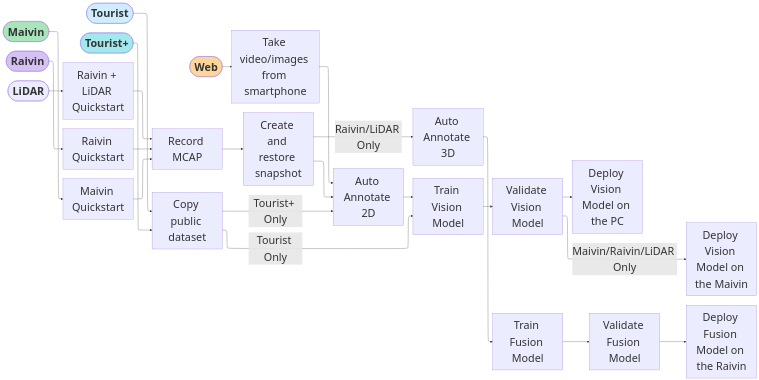
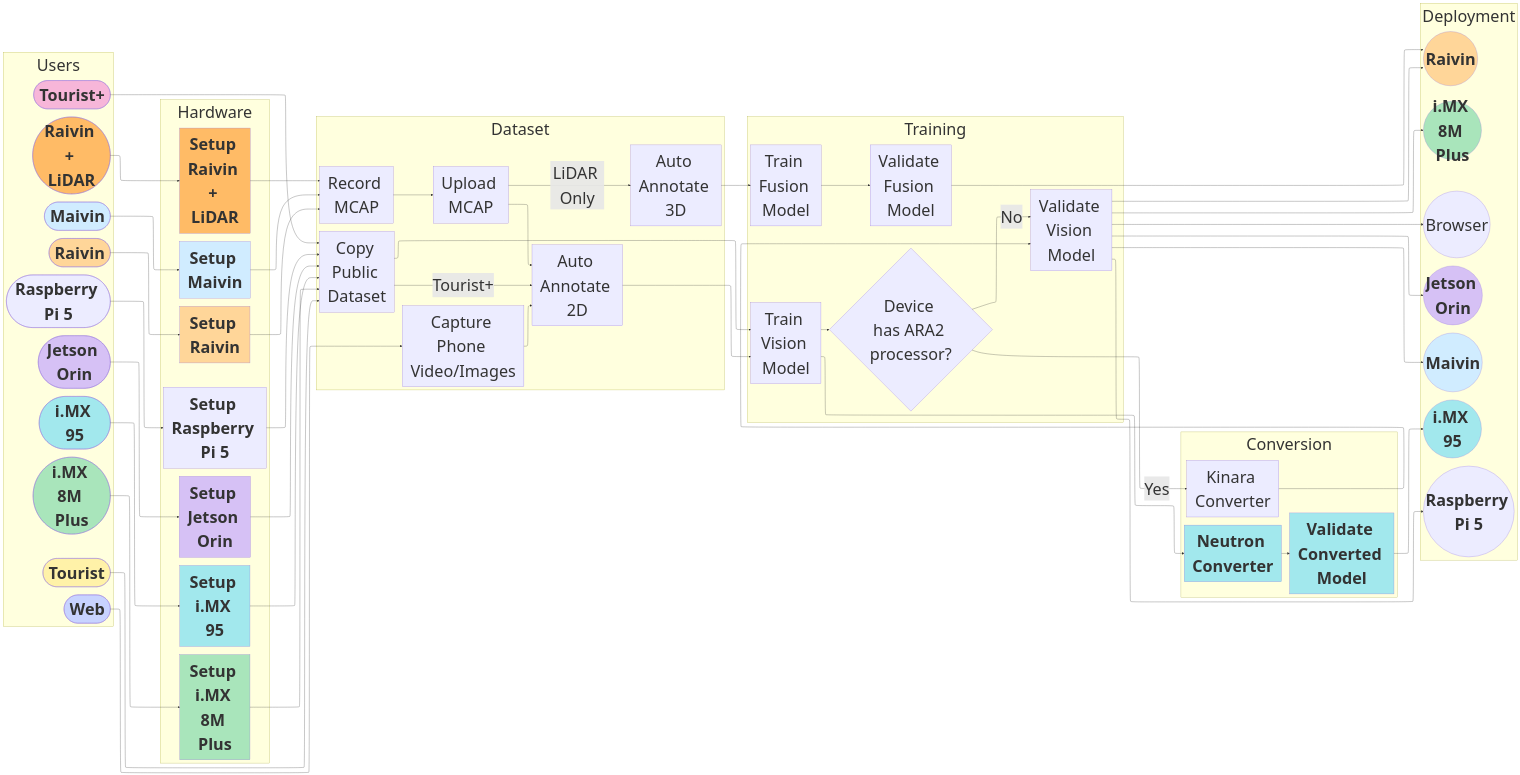
The second of 2 diagrams in docs/getting_started/workflows/index.md (EdgeFirstAI/documentation), drawn with Mermaid before and after one commit. The commit also changed other lines of this file and 50 other files, not shown here.

````diff
--- a/docs/getting_started/workflows/index.md
+++ b/docs/getting_started/workflows/index.md
@@ -75,68 +91,192 @@
 ```mermaid
-%%{init: {"flowchart": {"defaultRenderer": "elk"}} }%%
-%%{init: {"themeVariables": { "fontSize": "40px" }}}%%
+%%{init: {"flowchart": {"defaultRenderer": "elk", "nodeSpacing": 60, "rankSpacing": 80}} }%%
+%%{init: {"themeVariables": { "fontSize": "60px" }}}%%
 flowchart LR
-    %% User Definitions
-    tourist([Tourist]):::blue
-    tourist_plus([Tourist+]):::teal
-    web_user([Web]):::orange
-    maivin_user([Maivin]):::green
-    raivin_user([Raivin]):::purple
-    raivin_lidar_user([LiDAR]):::coral
+    %% ---------------- USERS ----------------
+    subgraph Users
+    direction TB
+    users_pad[" "]:::invisible
+    tourist([Tourist]):::yellow
+    click tourist "tourist" "Open Tourist Workflow"
 
+    tourist_plus([Tourist+]):::pink
+    click tourist_plus "tourist_plus" "Open Tourist Plus Workflow"
+
+    web_user([Web]):::indigo
+    click web_user "web" "Open Web Workflow"
+
+    maivin_user([Maivin]):::blue
+    click maivin_user "maivin" "Open Maivin Workflow"
+
+    raivin_user([Raivin]):::orange
+    raivin_lidar_user([Raivin + LiDAR]):::darker_orange
+    imx8mp_user([i.MX 8M Plus]):::green
+    imx95_user([i.MX 95]):::teal
+    orin_user([Jetson Orin]):::purple
+    pi_user([Raspberry Pi 5]):::coral
+    end
+
+    %% ---------------- HARDWARE ----------------
+    subgraph Hardware
+    direction TB
+    setup_pad[" "]:::invisible
+    raivin_lidar_setup[Setup Raivin + LiDAR]:::darker_orange
+    click raivin_lidar_setup "../../platforms/quickstart/raivin/setup" "Open Raivin Setup"
+
+    raivin_setup[Setup Raivin]:::orange
+    click raivin_setup "../../platforms/quickstart/raivin/setup" "Open Raivin Setup"
+
+    maivin_setup[Setup Maivin]:::blue
+    click maivin_setup "../../platforms/quickstart/maivin/setup" "Open Maivin Setup"
+
+    imx8mp_setup[Setup i.MX 8M Plus]:::green
+    click imx8mp_setup "../../platforms/quickstart/imx8mplus/setup" "Open i.MX 8M Plus Setup"
+
+    imx95_setup[Setup i.MX 95]:::teal
+    click imx95_setup "../../platforms/quickstart/imx95/setup" "Open i.MX 95 Setup"
+
+    orin_setup[Setup Jetson Orin]:::purple
+    click orin_setup "../../platforms/quickstart/jetson_orin/setup" "Open Jetson Orin Setup"
+
+    pi_setup[Setup Raspberry Pi 5]:::coral
+    click pi_setup "../../platforms/quickstart/raspberrypi/setup" "Open Raspberry Pi Setup"
+    end
+
+    %% ---------------- DATA ----------------
+    subgraph Dataset
+    direction TB
+    record_mcap[Record MCAP]
+    click record_mcap "../../datasets/tutorials/capture/#record-mcap" "Record MCAP"
+
+    capture[Capture Phone Video/Images]
+    click capture "../../datasets/tutorials/capture/#capture-with-a-phone" "Capture Phone Video/Images"
+    
+    snapshot[Upload MCAP]
+    click snapshot "../../datasets/tutorials/capture/#upload-mcap" "Upload MCAP"
+
+    copy_dataset[Copy Public Dataset]
+    click copy_dataset "../copy_dataset" "Copy Public Dataset"
+
+    audit_2d[Auto Annotate 2D]
+    click audit_2d "../../datasets/tutorials/annotations/automatic/" "Auto Annotate 2D"
+
+    audit_3d[Auto Annotate 3D]
+    click audit_3d "../../datasets/tutorials/annotations/automatic/" "Auto Annotate 3D"
+    end
+
+    %% ---------------- TRAINING ----------------
+    subgraph Training
+    direction TB
+    train_2d[Train Vision Model]
+    click train_2d "../../models/training/vision" "Open Training Vision"
+
+    ara2{Device has ARA2 processor?}
+    validate_2d[Validate Vision Model]
+    click validate_2d "../../models/validation/vision/user_managed" "Open Validating Vision"
+
+    train_3d[Train Fusion Model]
+    click train_3d "../../models/training/fusion" "Open Training Fusion"
+
+    validate_3d[Validate Fusion Model]
+    click validate_3d "../../models/validation/fusion/managed" "Open Validating Fusion"
+    end
+
+    %% ---------------- CONVERSION ----------------
+    subgraph Conversion
+    direction TB
+    neutron_converter[Neutron Converter]:::teal
+    click neutron_converter "../../models/ultralytics/neutron" "Open Neutron Converter"
+
+    kinara_converter[Kinara Converter]
+    validate_imx95[Validate Converted Model]:::teal
+    click validate_imx95 "../../models/validation/vision/user_managed" "Open Validating Vision"
+    end
+
+    %% ---------------- DEPLOYMENT ----------------
+    subgraph Deployment
+    direction LR
+    deploy_pad[" "]:::invisible
+    raivin((Raivin)):::orange
+    click raivin "../../platforms/quickstart/raivin/deploy" "Open Raivin Deploy"
+
+    maivin((Maivin)):::blue
+    click maivin "../../platforms/quickstart/maivin/deploy" "Open Maivin Deploy"
+
+    imx8mp((i.MX 8M Plus)):::green
+    click imx8mp "../../platforms/quickstart/imx8mplus/deploy" "Open i.MX 8M Plus Deploy"
+
+    orin((Jetson Orin)):::purple
+    click orin "../../platforms/quickstart/jetson_orin/deploy" "Open Jetson Orin Deploy"
+
+    pi((Raspberry Pi 5)):::coral
+    click pi "../../platforms/quickstart/raspberrypi/deploy" "Open Raspberry Pi Deploy"
+
+    browser((Browser))
+
+    imx95((i.MX 95)):::teal
+    click imx95 "../../platforms/quickstart/imx95/deploy" "Open i.MX 95 Deploy"
+    end
+
+    %% ---------------- USER → SETUP ----------------
+    raivin_lidar_user --> raivin_lidar_setup
+    raivin_user --> raivin_setup
+    maivin_user --> maivin_setup
+    imx8mp_user --> imx8mp_setup
+    imx95_user --> imx95_setup
+    orin_user --> orin_setup
+    pi_user --> pi_setup
+
+    %% ---------------- SETUP → DATA ----------------
+    raivin_lidar_setup --> record_mcap
+    raivin_setup --> record_mcap
+    maivin_setup --> record_mcap
+    web_user --> capture
+
+    imx8mp_setup --> copy_dataset
+    imx95_setup --> copy_dataset
+    orin_setup --> copy_dataset
+    pi_setup --> copy_dataset
+    tourist --> copy_dataset
+    tourist_plus --> copy_dataset
+
+    %% ---------------- DATA FLOW ----------------
+    record_mcap --> snapshot
+    snapshot --> audit_2d --> train_2d
+    snapshot -- LiDAR Only --> audit_3d --> train_3d
+
+    capture --> audit_2d
+    copy_dataset --> train_2d
+    copy_dataset -- Tourist+ --> audit_2d
+
+    %% ---------------- TRAINING PIPELINE ----------------
+    train_2d --> ara2
+    ara2 -- Yes --> kinara_converter --> validate_2d
+    ara2 -- No --> validate_2d
+
+    train_2d --> neutron_converter --> validate_imx95
+    train_3d --> validate_3d
+
+    %% ---------------- DEPLOYMENT ----------------
+    validate_2d --> browser
+    validate_2d --> maivin
+    validate_2d --> imx8mp
+    validate_2d --> orin
+    validate_2d --> pi
+    validate_2d --> raivin
+
+    validate_3d --> raivin
+    validate_imx95 --> imx95
+
+    %% ---------------- STYLES ----------------
+    classDef yellow fill:#fff2a8,font-weight:bold;
+    classDef pink fill:#f7b6d9,font-weight:bold;
+    classDef indigo fill:#c8d3ff,font-weight:bold;
     classDef blue fill:#d0ecff,font-weight:bold;
     classDef teal fill:#a2e8ed,font-weight:bold;
     classDef orange fill:#ffd699,font-weight:bold;
+    classDef darker_orange fill:#ffbb66,font-weight:bold;
     classDef green fill:#a9e5bb,font-weight:bold;
     classDef purple fill:#d6c1f5,font-weight:bold;
     classDef coral fill:#ffc2b,font-weight:bold;
-    classDef all fill:#f0e6f5,font-weight:bold;
-
-    %% Hardware Definitions
-    raivin_lidar_hardware[Raivin + LiDAR Quickstart]
-    raivin_hardware[Raivin Quickstart]
-    maivin_hardware[Maivin Quickstart]
-
-    %% Dataset Definitions
-    record_mcap[Record MCAP]
-    capture[Take video/images from smartphone]
-    snapshot[Create and restore snapshot]
-    copy_dataset[Copy public dataset]
-    audit_3d[Auto Annotate 3D]
-    audit_2d[Auto Annotate 2D]
-
-    %% Model Definitions [train, validate, deploy 2D and 3D]
-    train_2d[Train Vision Model]
-    validate_2d[Validate Vision Model]
-    jupyter_2d[Deploy Vision Model on the PC]
-    maivin_2d[Deploy Vision Model on the Maivin]
-
-    train_3d[Train Fusion Model]
-    validate_3d[Validate Fusion Model]
-    raivin_3d[Deploy Fusion Model on the Raivin]
-
-    %% Flowchart Starting Points
-    raivin_lidar_user --> raivin_lidar_hardware --> record_mcap
-    raivin_user --> raivin_hardware --> record_mcap
-    maivin_user --> maivin_hardware --> record_mcap
-    web_user --> capture
-    tourist_plus --> copy_dataset
-    tourist --> copy_dataset
-
-    %% Flowchart Dataset Processes
-    record_mcap --> snapshot 
-    snapshot --> audit_2d --> train_2d
-    snapshot --Raivin/LiDAR Only--> audit_3d --> train_3d
-    capture --> audit_2d
-    copy_dataset --Tourist+ Only--> audit_2d 
-    copy_dataset --Tourist Only--> train_2d
-
-    %% Flowchart Model Processes
-    train_2d --> validate_2d 
-    validate_2d --> jupyter_2d
-    validate_2d --Maivin/Raivin/LiDAR Only--> maivin_2d
-    train_3d --> validate_3d --> raivin_3d
-
-    %% linkStyle 0 stroke:#ff6f61
-    %% linkStyle 1 stroke:#ff6f61
+    classDef invisible fill:transparent,stroke:transparent;
 ```
````
